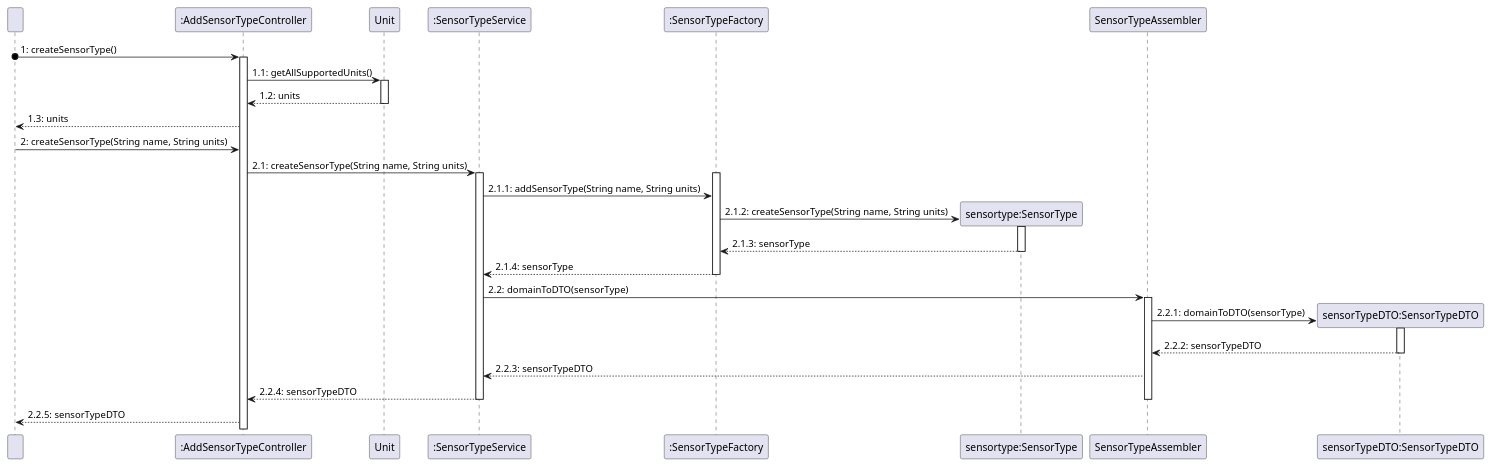
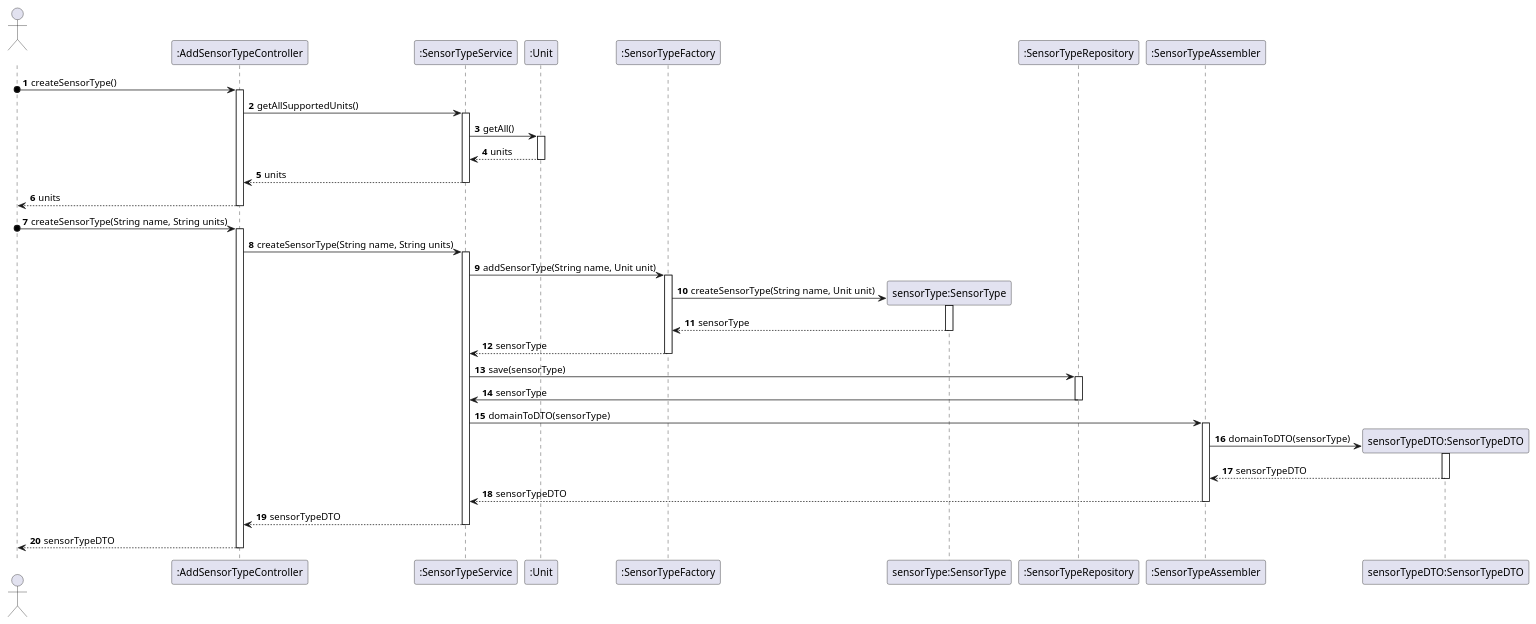
Before and after one commit to olivDiogo/SmartHome: the diagram in docs/ood/sequenceDiagram/US04AddSupportedSensorType.puml, drawn with PlantUML. The commit also changed 2 other files, not shown here.

```diff
--- a/docs/ood/sequenceDiagram/US04AddSupportedSensorType.puml
+++ b/docs/ood/sequenceDiagram/US04AddSupportedSensorType.puml
@@ -1,44 +1,60 @@
 @startuml
-participant "  " as User
+!pragma layout smetana
+autonumber
+
+actor "  " as User
 participant ":AddSensorTypeController" as Controller
-participant "Unit" as Unit
 participant ":SensorTypeService" as Service
-participant ":SensorTypeFactory" as SensorTypeFactory
-participant "sensortype:SensorType" as SensorType
-participant "SensorTypeAssembler" as SensorTypeAssembler
-participant "sensorTypeDTO:SensorTypeDTO" as SensorTypeDTO
+participant ":Unit" as Unit
+participant ":SensorTypeFactory" as Factory
+participant "sensorType:SensorType" as Type
+participant ":SensorTypeRepository" as Repository
+participant ":SensorTypeAssembler" as Assembler
+participant "sensorTypeDTO:SensorTypeDTO" as DTO
 
-User o-> Controller: 1: createSensorType()
+User o-> Controller: createSensorType()
 activate Controller
-Controller -> Unit: 1.1: getAllSupportedUnits()
+Controller -> Service: getAllSupportedUnits()
+activate Service
+Service -> Unit: getAll()
 activate Unit
-Unit --> Controller: 1.2: units
+Unit --> Service: units
 deactivate Unit
-Controller --> User: 1.3: units
-User -> Controller: 2: createSensorType(String name, String units)
-Controller -> Service: 2.1: createSensorType(String name, String units)
+Service --> Controller: units
+deactivate Service
+Controller --> User: units
+deactivate Controller
+User o-> Controller: createSensorType(String name, String units)
+
+'------------------------------------------------------------------'
+activate Controller
+Controller -> Service: createSensorType(String name, String units)
 activate Service
-activate SensorTypeFactory
-Service -> SensorTypeFactory: 2.1.1: addSensorType(String name, String units)
-create SensorType
-SensorTypeFactory -> SensorType: 2.1.2: createSensorType(String name, String units)
-activate SensorType
-SensorType --> SensorTypeFactory: 2.1.3: sensorType
-deactivate SensorType
-SensorTypeFactory --> Service: 2.1.4: sensorType
-deactivate SensorTypeFactory
-Service -> SensorTypeAssembler: 2.2: domainToDTO(sensorType)
-
-activate SensorTypeAssembler
-create SensorTypeDTO
-SensorTypeAssembler -> SensorTypeDTO: 2.2.1: domainToDTO(sensorType)
-activate SensorTypeDTO
-SensorTypeDTO --> SensorTypeAssembler: 2.2.2: sensorTypeDTO
-deactivate SensorTypeDTO
-SensorTypeAssembler --> Service: 2.2.3: sensorTypeDTO
-Service --> Controller: 2.2.4: sensorTypeDTO
+Service -> Factory: addSensorType(String name, Unit unit)
+activate Factory
+create Type
+Factory -> Type: createSensorType(String name, Unit unit)
+activate Type
+Type --> Factory: sensorType
+deactivate Type
+Factory --> Service: sensorType
+deactivate Factory
+Service -> Repository: save(sensorType)
+activate Repository
+Repository -> Service: sensorType
+deactivate Repository
+Service -> Assembler: domainToDTO(sensorType)
+activate Assembler
+create DTO
+Assembler -> DTO: domainToDTO(sensorType)
+activate DTO
+DTO --> Assembler: sensorTypeDTO
+deactivate DTO
+Assembler --> Service: sensorTypeDTO
+deactivate Assembler
+Service --> Controller: sensorTypeDTO
 deactivate Service
-deactivate SensorTypeAssembler
-Controller --> User: 2.2.5: sensorTypeDTO
+Controller --> User: sensorTypeDTO
+deactivate Controller
 
 @enduml
```
